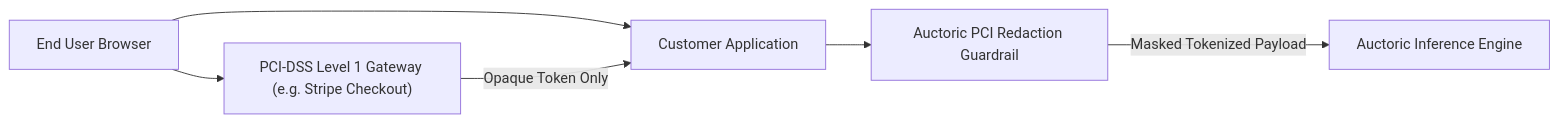
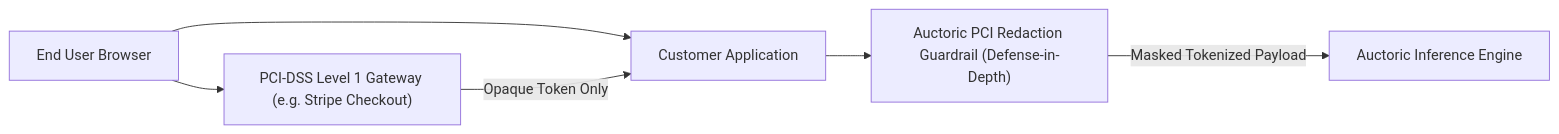
Before and after one commit to Auctoric/auctoric-compliance-framework: the diagram in docs/security-trust/pci-dss-matrix-aoc.md, drawn with Mermaid. The commit also changed other lines of this file and 20 other files, not shown here.

````diff
--- a/docs/security-trust/pci-dss-matrix-aoc.md
+++ b/docs/security-trust/pci-dss-matrix-aoc.md
@@ -55,8 +56,8 @@
 ```mermaid
 flowchart LR
     CustomerUser["End User Browser"] --> PayGate["PCI-DSS Level 1 Gateway (e.g. Stripe Checkout)"]
     CustomerUser --> ClientApp["Customer Application"]
-    ClientApp --> Redact["Auctoric PCI Redaction Guardrail"]
+    ClientApp --> Redact["Auctoric PCI Redaction Guardrail (Defense-in-Depth)"]
     Redact -->|Masked Tokenized Payload| Inference["Auctoric Inference Engine"]
     PayGate -->|Opaque Token Only| ClientApp
 ```
````
